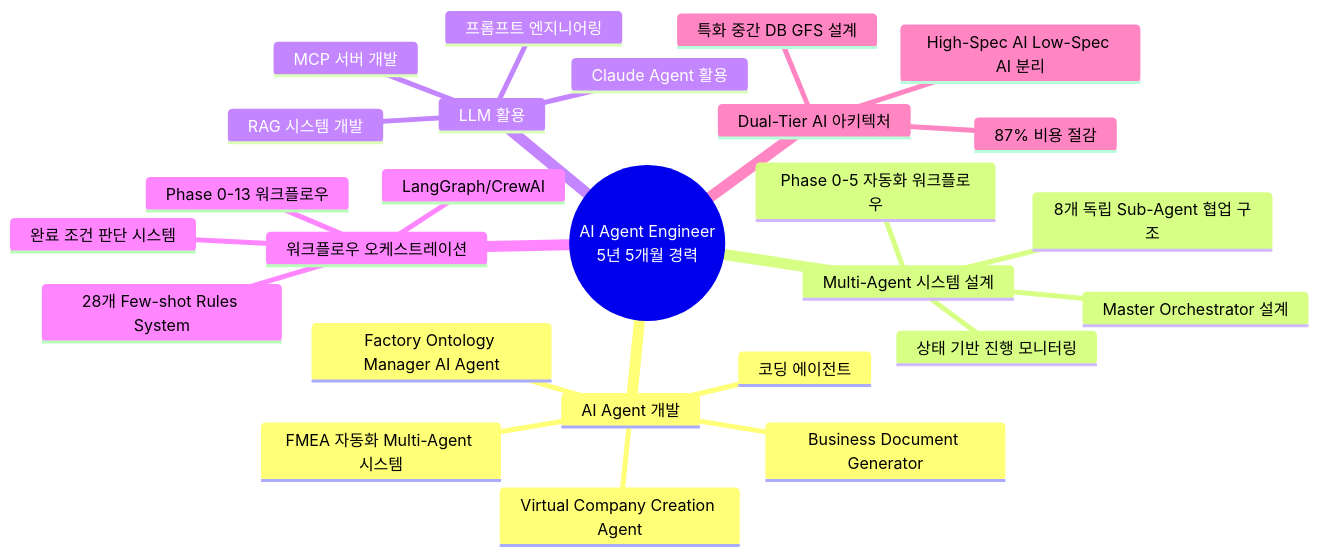
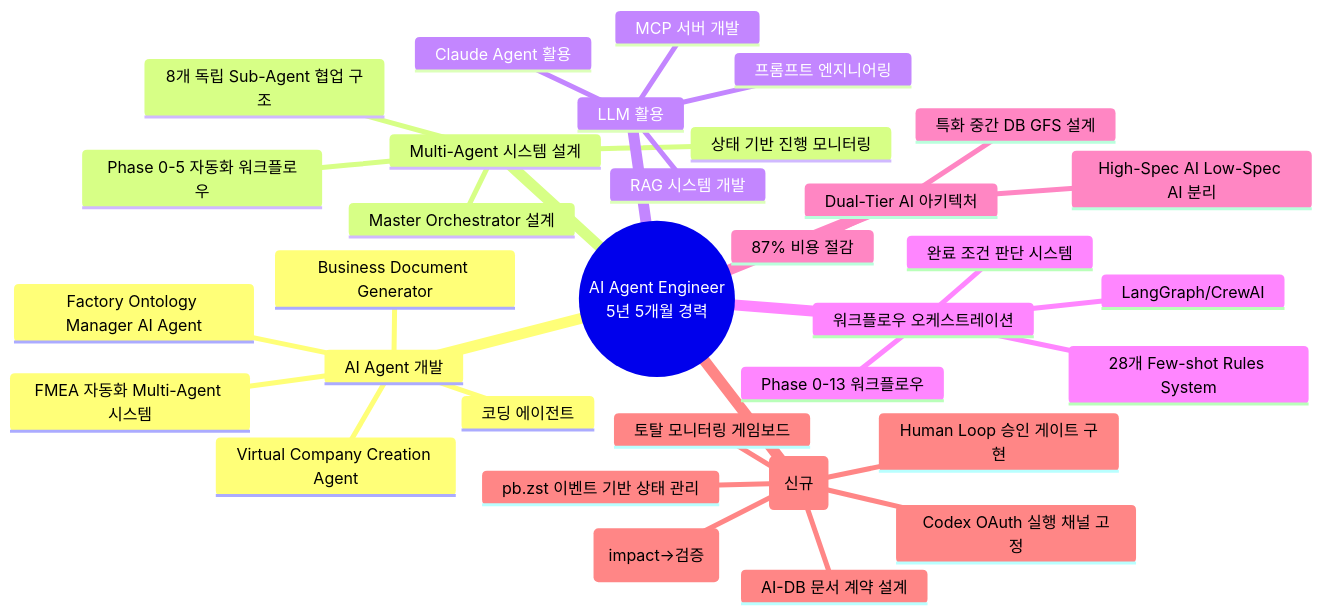
One commit to moobaek/Testing_AI_agents_for_public_use changed the second of 4 diagrams in portfolio/portfolio_docs/resume_generator/assets/일반공개/권순룡_이력서_일반공개_AI_Agent_Engineer.md. Above: the diagram before and after it, drawn with Mermaid. The commit also changed other lines of this file and 14 other files, not shown here.

````diff
--- a/portfolio/portfolio_docs/resume_generator/assets/일반공개/권순룡_이력서_일반공개_AI_Agent_Engineer.md
+++ b/portfolio/portfolio_docs/resume_generator/assets/일반공개/권순룡_이력서_일반공개_AI_Agent_Engineer.md
@@ -66,29 +73,36 @@
 ```mermaid
 mindmap
   root((AI Agent Engineer<br/>5년 5개월 경력))
     AI Agent 개발
       코딩 에이전트
       FMEA 자동화 Multi-Agent 시스템
       Factory Ontology Manager AI Agent
       Virtual Company Creation Agent
       Business Document Generator
     Multi-Agent 시스템 설계
       Master Orchestrator 설계
       8개 독립 Sub-Agent 협업 구조
       Phase 0-5 자동화 워크플로우
       상태 기반 진행 모니터링
     LLM 활용
       Claude Agent 활용
       프롬프트 엔지니어링
       RAG 시스템 개발
       MCP 서버 개발
     워크플로우 오케스트레이션
       LangGraph/CrewAI
       Phase 0-13 워크플로우
       완료 조건 판단 시스템
       28개 Few-shot Rules System
     Dual-Tier AI 아키텍처
       High-Spec AI Low-Spec AI 분리
       특화 중간 DB GFS 설계
       87% 비용 절감
+    v9.0 운영 체계 (신규)
+      AI-DB 문서 계약 설계
+      pb.zst 이벤트 기반 상태 관리
+      Codex OAuth 실행 채널 고정
+      Human Loop 승인 게이트 구현
+      온톨로지 변경 공정 (impact→검증)
+      토탈 모니터링 게임보드
 ```
````
